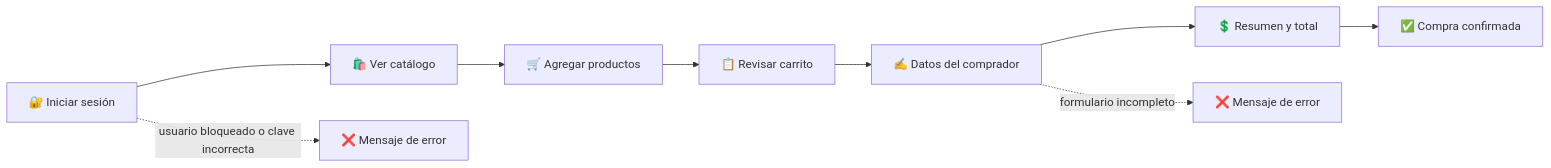
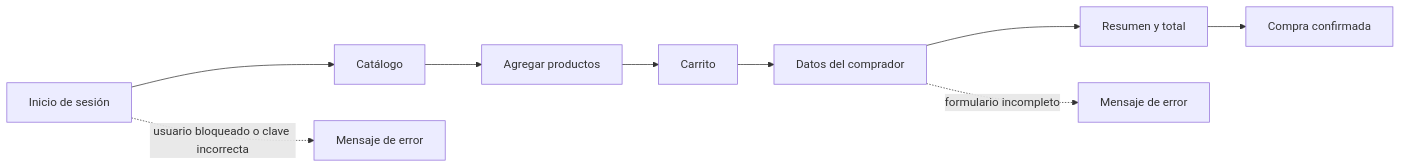
One commit to rober-7/proyecto-final-automation-testing-roberto-gonzalez changed the first of 2 diagrams in README.md. Above: the diagram before and after it, drawn with Mermaid. The commit also changed other lines of this file, not shown here.

Commit message:
docs: reescribir el resumen del README con un tono profesional

````diff
--- a/README.md
+++ b/README.md
@@ -46,11 +46,11 @@
 ```mermaid
 flowchart LR
-    A["🔐 Iniciar sesión"] --> B["🛍️ Ver catálogo"]
-    B --> C["🛒 Agregar productos"]
-    C --> D["📋 Revisar carrito"]
-    D --> E["✍️ Datos del comprador"]
-    E --> F["💲 Resumen y total"]
-    F --> G["✅ Compra confirmada"]
-    A -. "usuario bloqueado o clave incorrecta" .-> X["❌ Mensaje de error"]
-    E -. "formulario incompleto" .-> Y["❌ Mensaje de error"]
+    A["Inicio de sesión"] --> B["Catálogo"]
+    B --> C["Agregar productos"]
+    C --> D["Carrito"]
+    D --> E["Datos del comprador"]
+    E --> F["Resumen y total"]
+    F --> G["Compra confirmada"]
+    A -. "usuario bloqueado o clave incorrecta" .-> X["Mensaje de error"]
+    E -. "formulario incompleto" .-> Y["Mensaje de error"]
 ```
````
